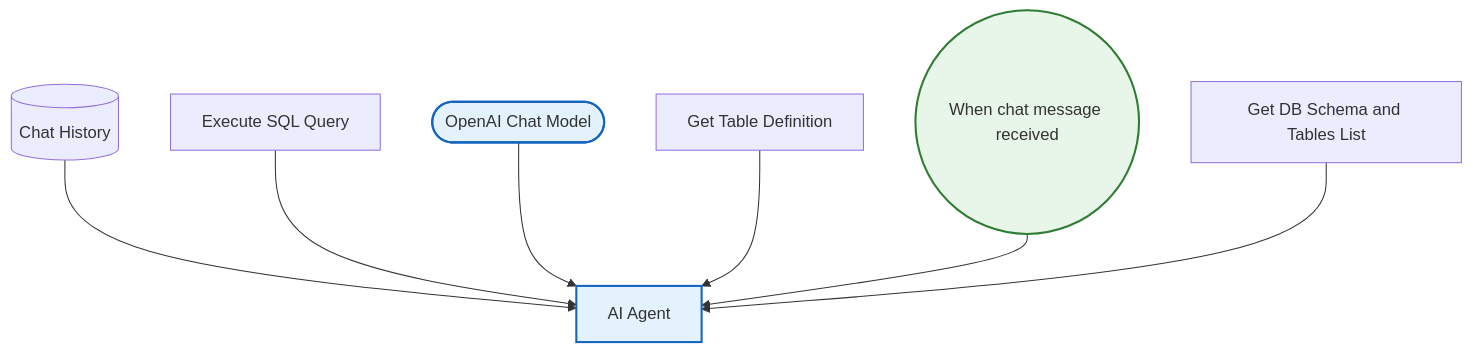
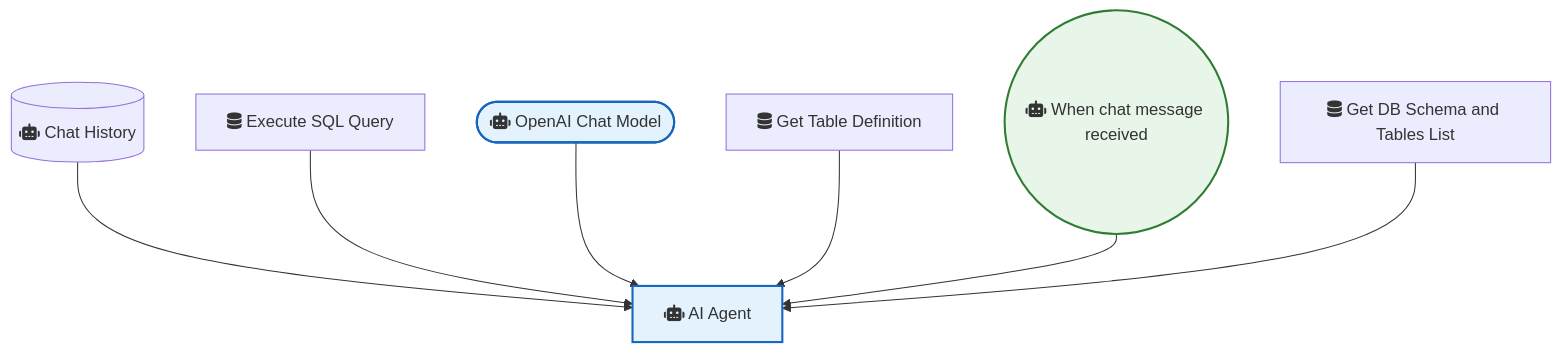
The diagram in Database_and_Storage/Chat with Postgresql Database.md (sreyash3105/N8N-DEMO-AUTOMATIONS), drawn with Mermaid before and after one commit. The commit also changed 291 other files, not shown here.

````diff
--- a/Database_and_Storage/Chat with Postgresql Database.md
+++ b/Database_and_Storage/Chat with Postgresql Database.md
@@ -1,21 +1,21 @@
 ```mermaid
 graph TD
     classDef trigger fill:#e8f5e9,stroke:#2e7d32,stroke-width:2px;
     classDef ai fill:#e3f2fd,stroke:#1565c0,stroke-width:2px;
     classDef logic fill:#fff3e0,stroke:#ef6c00,stroke-width:2px;
 
-    When_chat_message_received(("When chat message received")):::trigger
-    AI_Agent["AI Agent"]:::ai
-    OpenAI_Chat_Model(["OpenAI Chat Model"]):::ai
-    Get_Table_Definition["Get Table Definition"]
-    Chat_History[("Chat History")]
-    Execute_SQL_Query["Execute SQL Query"]
-    Get_DB_Schema_and_Tables_List["Get DB Schema and Tables List"]
+    When_chat_message_received(("fas:fa-robot When chat message received")):::trigger
+    AI_Agent["fas:fa-robot AI Agent"]:::ai
+    OpenAI_Chat_Model(["fas:fa-robot OpenAI Chat Model"]):::ai
+    Get_Table_Definition["fas:fa-database Get Table Definition"]
+    Chat_History[("fas:fa-robot Chat History")]
+    Execute_SQL_Query["fas:fa-database Execute SQL Query"]
+    Get_DB_Schema_and_Tables_List["fas:fa-database Get DB Schema and Tables List"]
 
     Chat_History --> AI_Agent
     Execute_SQL_Query --> AI_Agent
     OpenAI_Chat_Model --> AI_Agent
     Get_Table_Definition --> AI_Agent
     When_chat_message_received --> AI_Agent
     Get_DB_Schema_and_Tables_List --> AI_Agent
 ```
````
